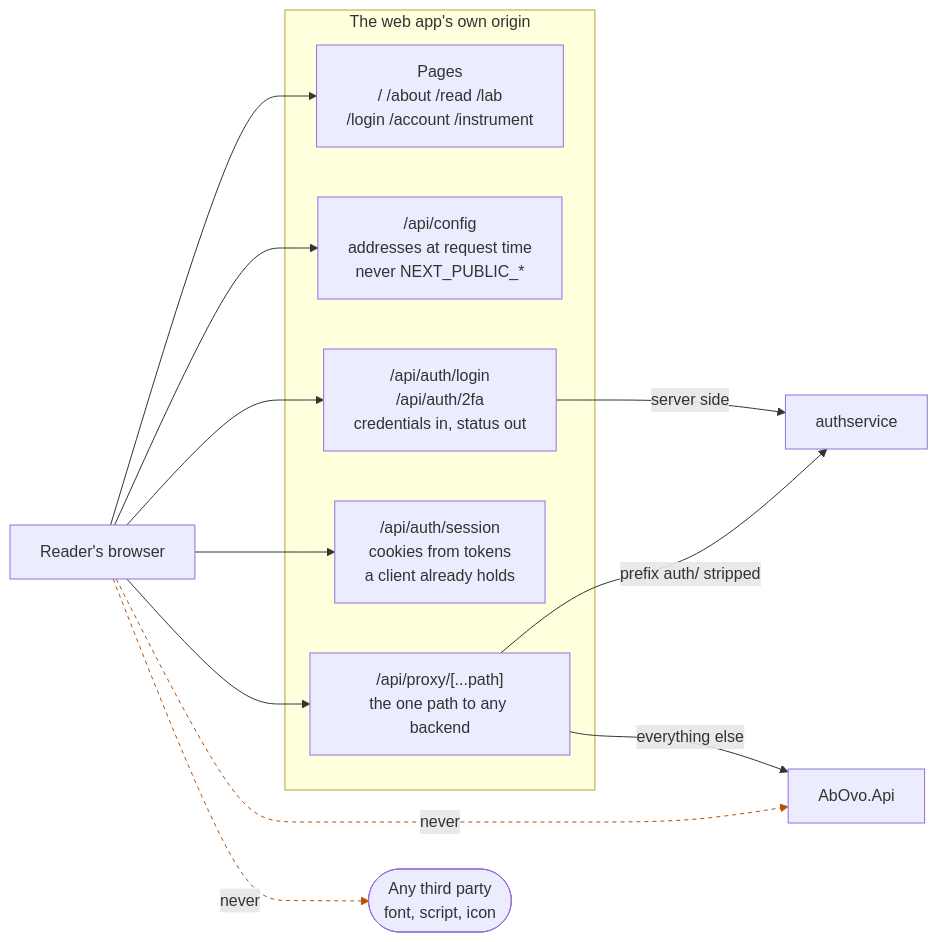
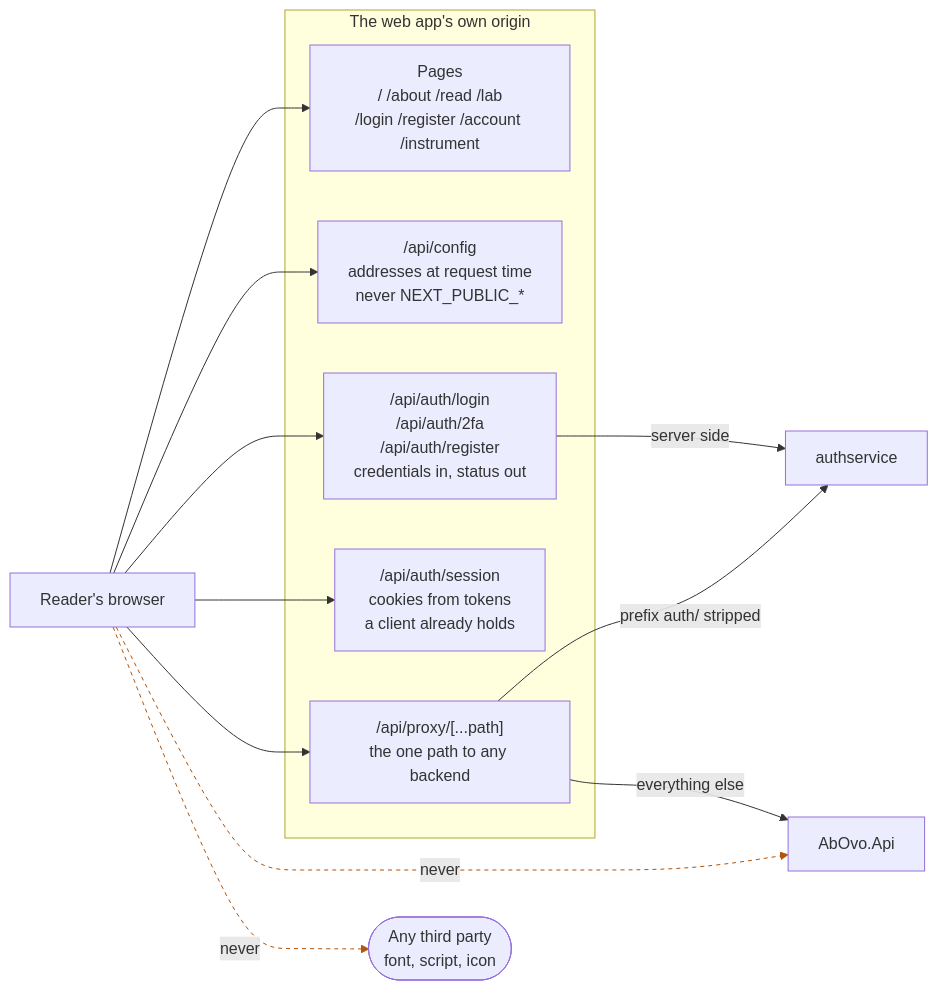
One commit to konradcinkusz/ab-ove changed the diagram in docs/diagrams/a3-one-origin.mmd. Above: the diagram before and after it, drawn with Mermaid. The commit also changed 31 other files, not shown here.

```diff
--- a/docs/diagrams/a3-one-origin.mmd
+++ b/docs/diagrams/a3-one-origin.mmd
@@ -1,42 +1,42 @@
 %% One origin: every request the browser makes, and the two it is not allowed to make.
 %% ONE DIAGRAM PER FILE. ASCII ONLY.
 
 %% THE TWO DASHED ARROWS ARE DRAWN BECAUSE THEY MUST NOT EXIST. FRONTEND-BFF.md section 1:
 %% the browser talks to the web app's own origin and to nothing else -- not the API, not
 %% authservice, not a CDN, not a font. That is why this estate configures no CORS on the
 %% frontend's account, and why needing one would mean the rule had already been broken.
 
 %% THE BEARER NEVER REACHES THE DOCUMENT. /api/auth/login takes credentials and returns a
 %% status; the tokens are minted into the Next.js process and set as HttpOnly cookies
 %% (ADR-0018). /api/proxy strips an inbound Authorization header and injects the bearer it
 %% reads from the cookie, server side.
 
 flowchart LR
   BROWSER["Reader's browser"]
 
   subgraph origin["The web app's own origin"]
-    PAGES["Pages<br/>/ /about /read /lab<br/>/login /account /instrument"]
+    PAGES["Pages<br/>/ /about /read /lab<br/>/login /register /account /instrument"]
     CONFIG["/api/config<br/>addresses at request time<br/>never NEXT_PUBLIC_*"]
-    LOGIN["/api/auth/login<br/>/api/auth/2fa<br/>credentials in, status out"]
+    LOGIN["/api/auth/login<br/>/api/auth/2fa<br/>/api/auth/register<br/>credentials in, status out"]
     SESSION["/api/auth/session<br/>cookies from tokens<br/>a client already holds"]
     PROXY["/api/proxy/[...path]<br/>the one path to any backend"]
   end
 
   APISVC["AbOvo.Api"]
   AUTHSVC["authservice"]
   CDN(["Any third party<br/>font, script, icon"])
 
   BROWSER --> PAGES
   BROWSER --> CONFIG
   BROWSER --> LOGIN
   BROWSER --> SESSION
   BROWSER --> PROXY
 
   PROXY -->|"prefix auth/ stripped"| AUTHSVC
   PROXY -->|"everything else"| APISVC
   LOGIN -->|"server side"| AUTHSVC
 
   BROWSER -.->|"never"| APISVC
   BROWSER -.->|"never"| CDN
 
   linkStyle 8,9 stroke:#b45309,stroke-dasharray: 4 4;
```
